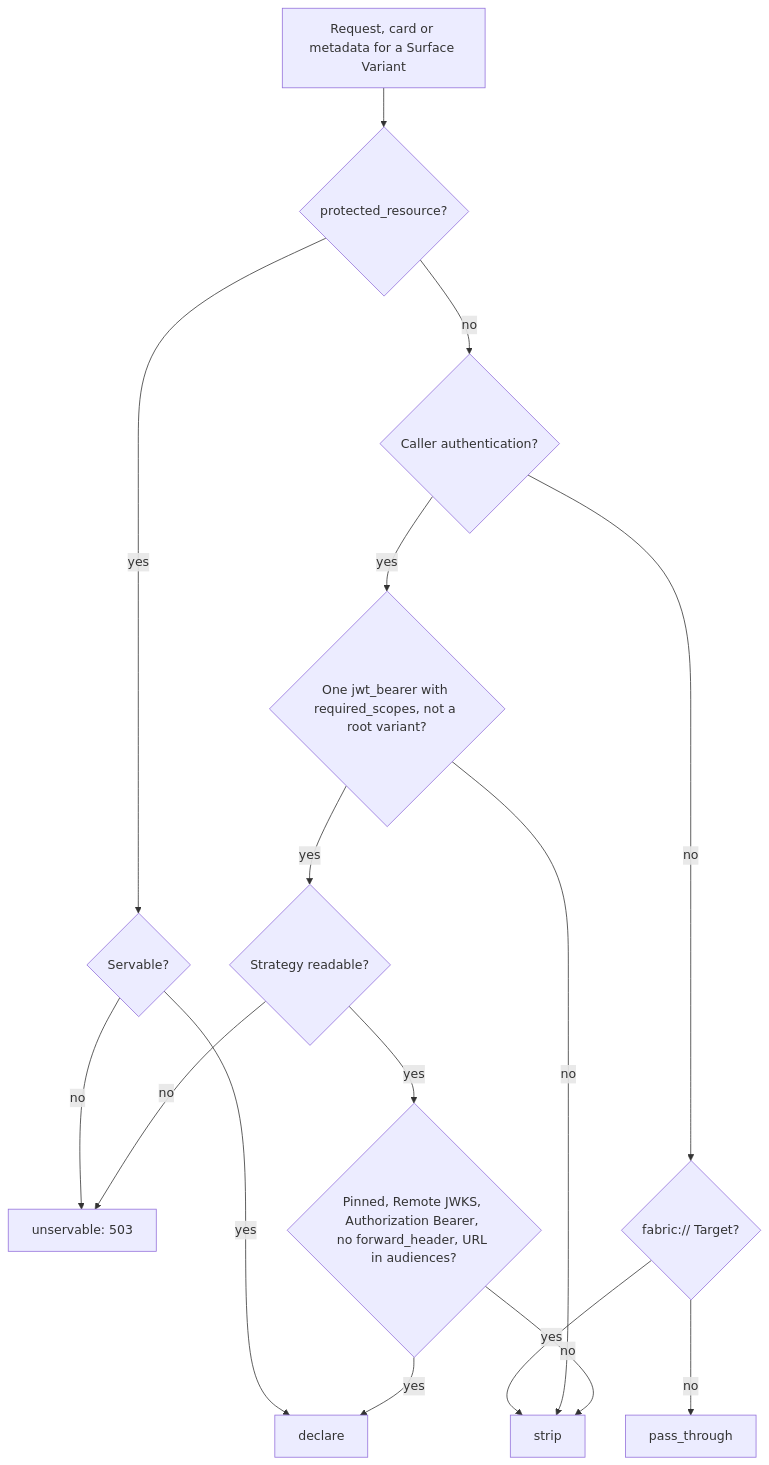
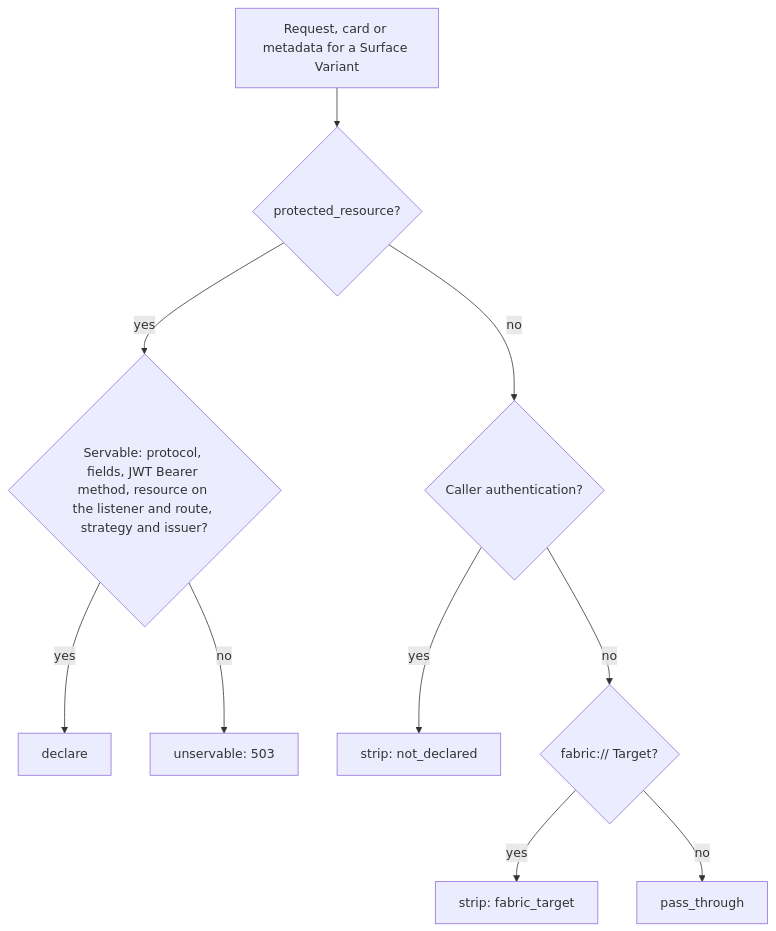
The second of 3 diagrams in docs/adrs/0003-hop-one-resource-server-contract.md (affinidi-ai/agent-gateway), drawn with Mermaid before and after one commit. The commit also changed other lines of this file and 15 other files, not shown here.

````diff
--- a/docs/adrs/0003-hop-one-resource-server-contract.md
+++ b/docs/adrs/0003-hop-one-resource-server-contract.md
@@ -677,18 +785,12 @@
 ```mermaid
 flowchart TD
     S["Request, card or metadata for a Surface Variant"] --> E{"protected_resource?"}
-    E -- yes --> ES{"Servable?"}
+    E -- yes --> ES{"Servable: protocol, fields, JWT Bearer method, resource on the listener and route, strategy and issuer?"}
     ES -- yes --> D["declare"]
     ES -- no --> U["unservable: 503"]
     E -- no --> N{"Caller authentication?"}
+    N -- yes --> X["strip: not_declared"]
     N -- no --> F{"fabric:// Target?"}
-    F -- yes --> X["strip"]
+    F -- yes --> XF["strip: fabric_target"]
     F -- no --> P["pass_through"]
-    N -- yes --> J{"One jwt_bearer with required_scopes, not a root variant?"}
-    J -- no --> X
-    J -- yes --> K{"Strategy readable?"}
-    K -- no --> U
-    K -- yes --> V{"Pinned, Remote JWKS, Authorization Bearer, no forward_header, URL in audiences?"}
-    V -- no --> X
-    V -- yes --> D
 ```
````
